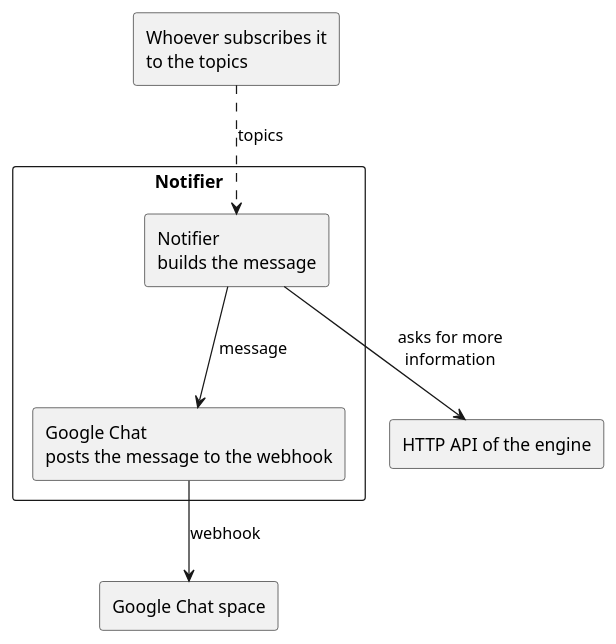
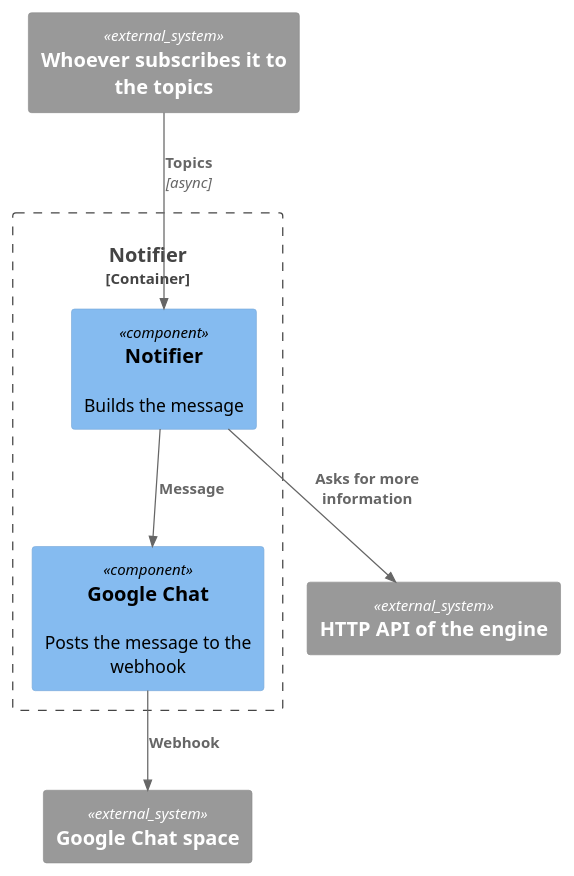
The diagram in docs/05_building-blocks/notifier/notifier.md (longlh/superteam), drawn with PlantUML before and after one commit. The commit also changed 5 other files, not shown here.

First line of the commit message:
Use the C4-PlantUML library for the context, container and component diagrams

````diff
--- a/docs/05_building-blocks/notifier/notifier.md
+++ b/docs/05_building-blocks/notifier/notifier.md
@@ -12,18 +12,19 @@
 ```plantuml
 @startuml
-rectangle "Whoever subscribes it\nto the topics" as source
+!include <C4/C4_Component>
 
-rectangle "Notifier" as notifier {
-  rectangle "Notifier\nbuilds the message" as core
-  rectangle "Google Chat\nposts the message to the webhook" as gchat
+System_Ext(source, "Whoever subscribes it to the topics", "")
+System_Ext(api, "HTTP API of the engine", "")
+System_Ext(space, "Google Chat space", "")
+
+Container_Boundary(notifier, "Notifier") {
+  Component(core, "Notifier", "", "Builds the message")
+  Component(gchat, "Google Chat", "", "Posts the message to the webhook")
 }
 
-rectangle "HTTP API of the engine" as api
-rectangle "Google Chat space" as space
-
-source ..> core : topics
-core --> api : asks for more\ninformation
-core --> gchat : message
-gchat --> space : webhook
+Rel(source, core, "Topics", "async")
+Rel(core, api, "Asks for more information")
+Rel(core, gchat, "Message")
+Rel(gchat, space, "Webhook")
 @enduml
 ```
````
